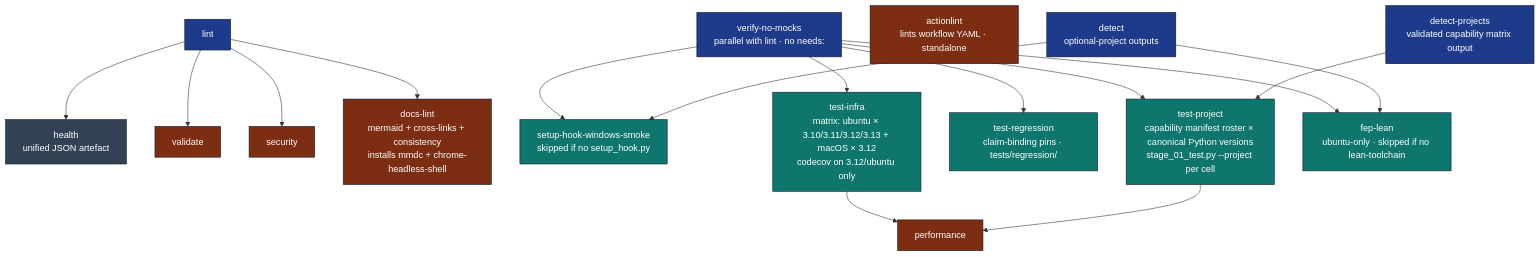
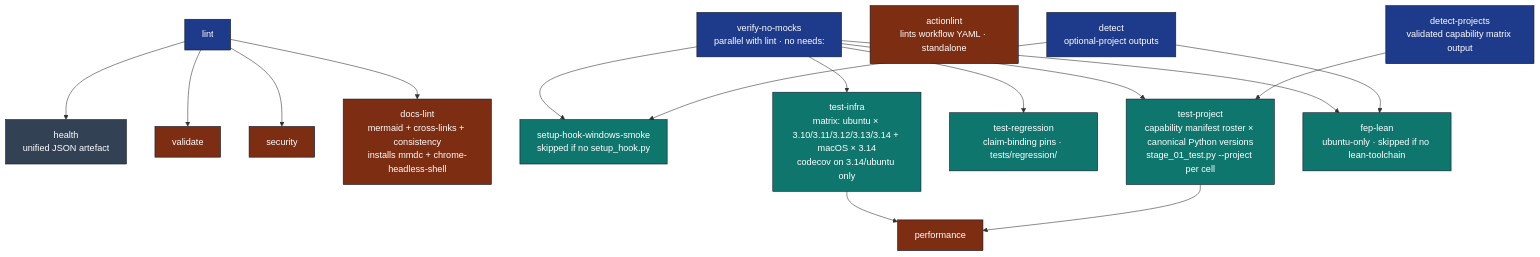
The second of 2 diagrams in .github/workflows/AGENTS.md (docxology/template), drawn with Mermaid before and after one commit. The commit also changed other lines of this file and 22 other files, not shown here.

````diff
--- a/.github/workflows/AGENTS.md
+++ b/.github/workflows/AGENTS.md
@@ -45,30 +45,30 @@
 ```mermaid
 flowchart TB
     DET[detect<br/>optional-project outputs]
     DETP[detect-projects<br/>validated capability matrix output]
     ACTLINT[actionlint<br/>lints workflow YAML · standalone]
     LINT[lint] --> HEALTH[health<br/>unified JSON artefact]
     VNM[verify-no-mocks<br/>parallel with lint · no needs:]
     LINT --> VAL[validate]
     LINT --> SEC[security]
     LINT --> DL[docs-lint<br/>mermaid + cross-links + consistency<br/>installs mmdc + chrome-headless-shell]
     VNM --> SHW[setup-hook-windows-smoke<br/>skipped if no setup_hook.py]
-    VNM --> TI[test-infra<br/>matrix: ubuntu × 3.10/3.11/3.12/3.13 + macOS × 3.12<br/>codecov on 3.12/ubuntu only]
+    VNM --> TI[test-infra<br/>matrix: ubuntu × 3.10/3.11/3.12/3.13/3.14 + macOS × 3.14<br/>codecov on 3.14/ubuntu only]
     VNM --> TR[test-regression<br/>claim-binding pins · tests/regression/]
     VNM --> TP[test-project<br/>capability manifest roster × canonical Python versions<br/>stage_01_test.py --project per cell]
     VNM --> FL[fep-lean<br/>ubuntu-only · skipped if no lean-toolchain]
     DET --> SHW
     DET --> FL
     DETP --> TP
     TI --> PERF[performance]
     TP --> PERF
 
     classDef gate fill:#1e3a8a,stroke:#0f172a,color:#fff
     classDef matrix fill:#0f766e,stroke:#0f172a,color:#fff
     classDef terminal fill:#7c2d12,stroke:#0f172a,color:#fff
     classDef info fill:#334155,stroke:#0f172a,color:#fff
     class DET,DETP,LINT,VNM gate
     class TI,TR,TP,FL,SHW matrix
     class VAL,SEC,DL,PERF,ACTLINT terminal
     class HEALTH info
 ```
````
